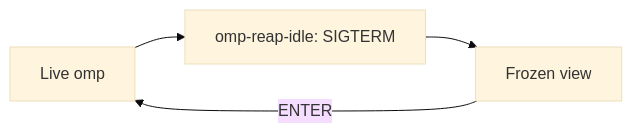
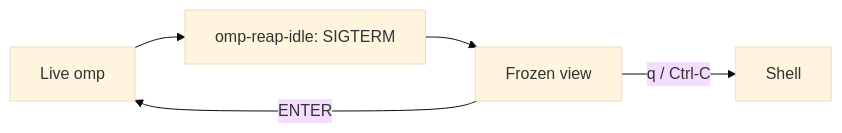
Before and after one commit to xenking/herdr-omp-sleep: the diagram in README.md, drawn with Mermaid (base theme). The commit also changed other lines of this file and 3 other files, not shown here.

````diff
--- a/README.md
+++ b/README.md
@@ -17,6 +17,7 @@
 ```mermaid
 graph LR
     A["Live omp"] --> B["omp-reap-idle: SIGTERM"]
     B --> C["Frozen view"]
     C -->|"ENTER"| A
+    C -->|"q / Ctrl-C"| D["Shell"]
 ```
````
